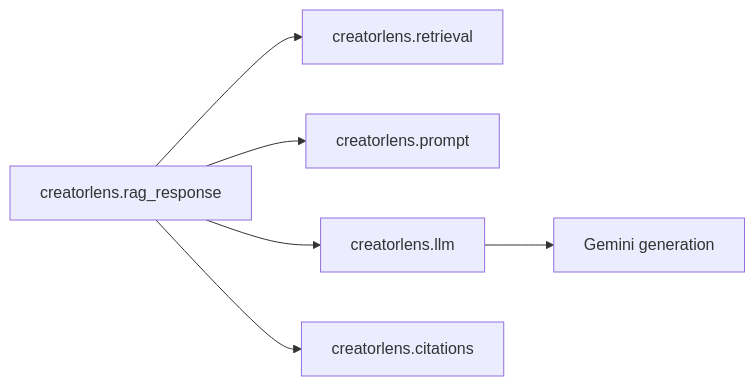
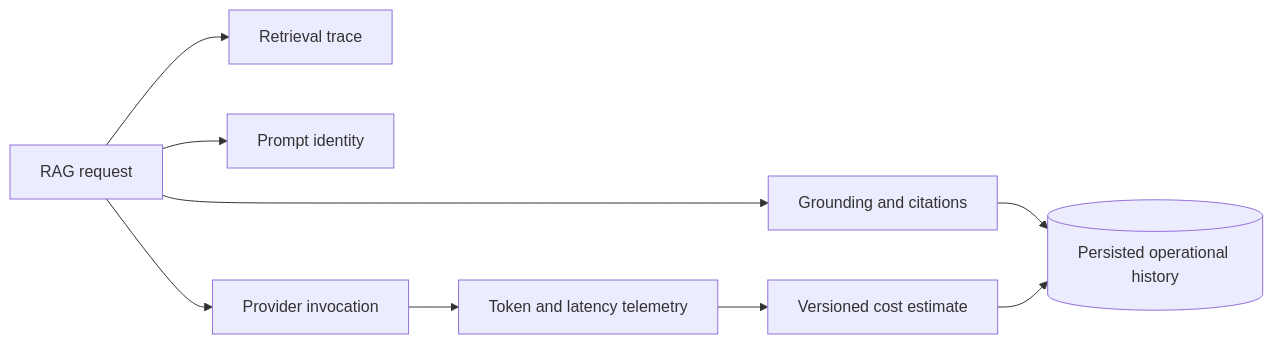
Before and after one commit to DiloJan-26/CreatorLens-AI: the fourth of 4 diagrams in README.md, drawn with Mermaid. The commit also changed other lines of this file, not shown here.

````diff
--- a/README.md
+++ b/README.md
@@ -564,8 +375,11 @@
 ```mermaid
 flowchart LR
-    ROOT[creatorlens.rag_response] --> RET[creatorlens.retrieval]
-    ROOT --> PR[creatorlens.prompt]
-    ROOT --> LLM[creatorlens.llm]
-    LLM --> GEM[Gemini generation]
-    ROOT --> CIT[creatorlens.citations]
+    REQUEST[RAG request] --> RET[Retrieval trace]
+    REQUEST --> PROMPT[Prompt identity]
+    REQUEST --> MODEL[Provider invocation]
+    REQUEST --> CHECK[Grounding and citations]
+    MODEL --> USAGE[Token and latency telemetry]
+    USAGE --> COST[Versioned cost estimate]
+    CHECK --> STORE[(Persisted operational history)]
+    COST --> STORE
 ```
````
